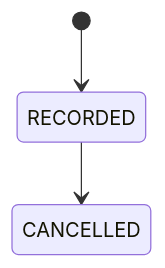
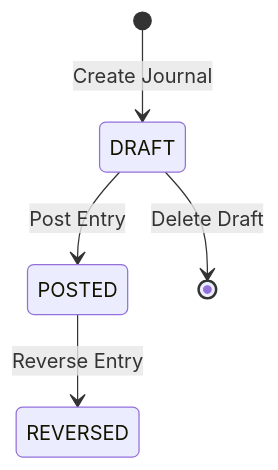
The third of 3 diagrams in user-guides/modules/finance.md (tenarm/docs), drawn with Mermaid before and after one commit. The commit also changed other lines of this file and 42 other files, not shown here.

````diff
--- a/user-guides/modules/finance.md
+++ b/user-guides/modules/finance.md
@@ -171,5 +204,7 @@
 ```mermaid
 stateDiagram-v2
-    [*] --> RECORDED
-    RECORDED --> CANCELLED
+    [*] --> DRAFT : Create Journal
+    DRAFT --> POSTED : Post Entry
+    POSTED --> REVERSED : Reverse Entry
+    DRAFT --> [*] : Delete Draft
 ```
````
